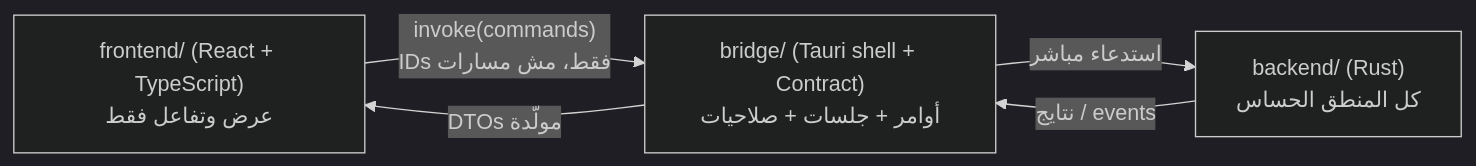
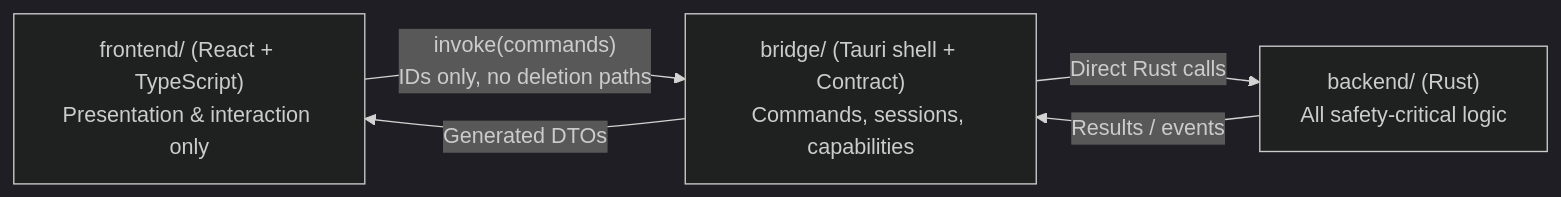
One commit to mohamedix0/Sweeper changed the diagram in docs/IMPLEMENTATION_PLAN.md. Above: the diagram before and after it, drawn with Mermaid (dark theme). The commit also changed other lines of this file, not shown here.

````diff
--- a/docs/IMPLEMENTATION_PLAN.md
+++ b/docs/IMPLEMENTATION_PLAN.md
@@ -32,10 +32,10 @@
 ```mermaid
 flowchart LR
-    UI["frontend/ (React + TypeScript)<br/>عرض وتفاعل فقط"]
-    BR["bridge/ (Tauri shell + Contract)<br/>أوامر + جلسات + صلاحيات"]
-    BE["backend/ (Rust)<br/>كل المنطق الحساس"]
-    UI -- "invoke(commands)<br/>IDs فقط، مش مسارات" --> BR
-    BR -- "استدعاء مباشر" --> BE
-    BE -- "نتايج / events" --> BR
-    BR -- "DTOs مولّدة" --> UI
+    UI["frontend/ (React + TypeScript)<br/>Presentation & interaction only"]
+    BR["bridge/ (Tauri shell + Contract)<br/>Commands, sessions, capabilities"]
+    BE["backend/ (Rust)<br/>All safety-critical logic"]
+    UI -- "invoke(commands)<br/>IDs only, no deletion paths" --> BR
+    BR -- "Direct Rust calls" --> BE
+    BE -- "Results / events" --> BR
+    BR -- "Generated DTOs" --> UI
 ```
````
